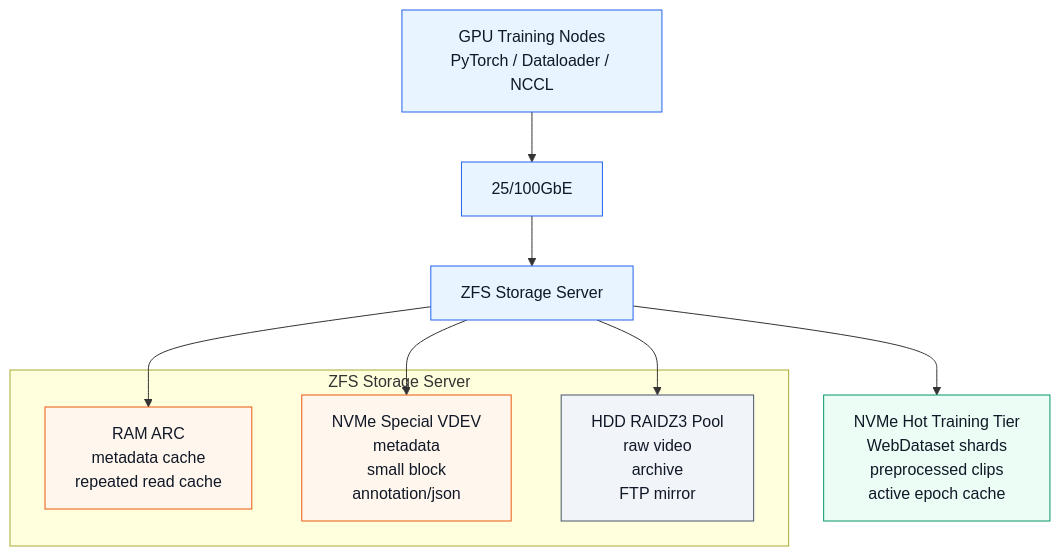
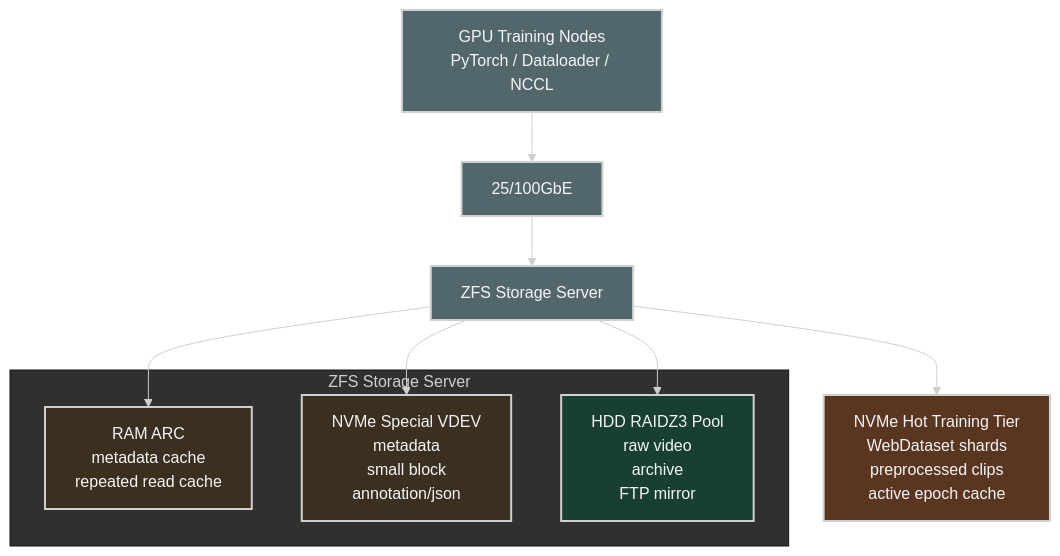
One commit to ziwon/ai-data-center-network changed the fifth of 6 diagrams in storage/zfs/README.md. Above: the diagram before and after it, drawn with Mermaid. The commit also changed other lines of this file and 35 other files, not shown here.

Commit message:
docs(mermaid): apply dark diagram style

````diff
--- a/storage/zfs/README.md
+++ b/storage/zfs/README.md
@@ -1239,25 +1243,26 @@
 ```mermaid
+%%{init: {"theme": "base", "themeVariables": {"background": "#171717", "primaryColor": "#232323", "primaryTextColor": "#f5f5f5", "primaryBorderColor": "#d0d0d0", "lineColor": "#cfcfcf", "fontFamily": "Inter, Arial, sans-serif"}}}%%
 flowchart TB
   gpu["GPU Training Nodes<br/>PyTorch / Dataloader / NCCL"] --> net["25/100GbE"]
   net --> zfs["ZFS Storage Server"]
 
   subgraph server["ZFS Storage Server"]
     arc["RAM ARC<br/>metadata cache<br/>repeated read cache"]
     special["NVMe Special VDEV<br/>metadata<br/>small block<br/>annotation/json"]
     hdd["HDD RAIDZ3 Pool<br/>raw video<br/>archive<br/>FTP mirror"]
   end
 
   zfs --> arc
   zfs --> special
   zfs --> hdd
   zfs --> hot["NVMe Hot Training Tier<br/>WebDataset shards<br/>preprocessed clips<br/>active epoch cache"]
 
-  classDef node fill:#e8f4ff,stroke:#2563eb,stroke-width:1px,color:#111827;
-  classDef warm fill:#fff7ed,stroke:#ea580c,stroke-width:1px,color:#111827;
-  classDef cold fill:#f1f5f9,stroke:#475569,stroke-width:1px,color:#111827;
-  classDef hotClass fill:#ecfdf5,stroke:#059669,stroke-width:1px,color:#111827;
+  classDef node fill:#52676b,stroke:#d0d0d0,color:#f5f5f5,stroke-width:2px;
+  classDef warm fill:#3b2f20,stroke:#d0d0d0,color:#f5f5f5,stroke-width:2px;
+  classDef cold fill:#173f32,stroke:#d0d0d0,color:#f5f5f5,stroke-width:2px;
+  classDef hotClass fill:#5a3520,stroke:#d0d0d0,color:#f5f5f5,stroke-width:2px;
   class gpu,net,zfs node;
   class arc,special warm;
   class hdd cold;
   class hot hotClass;
 ```
````
